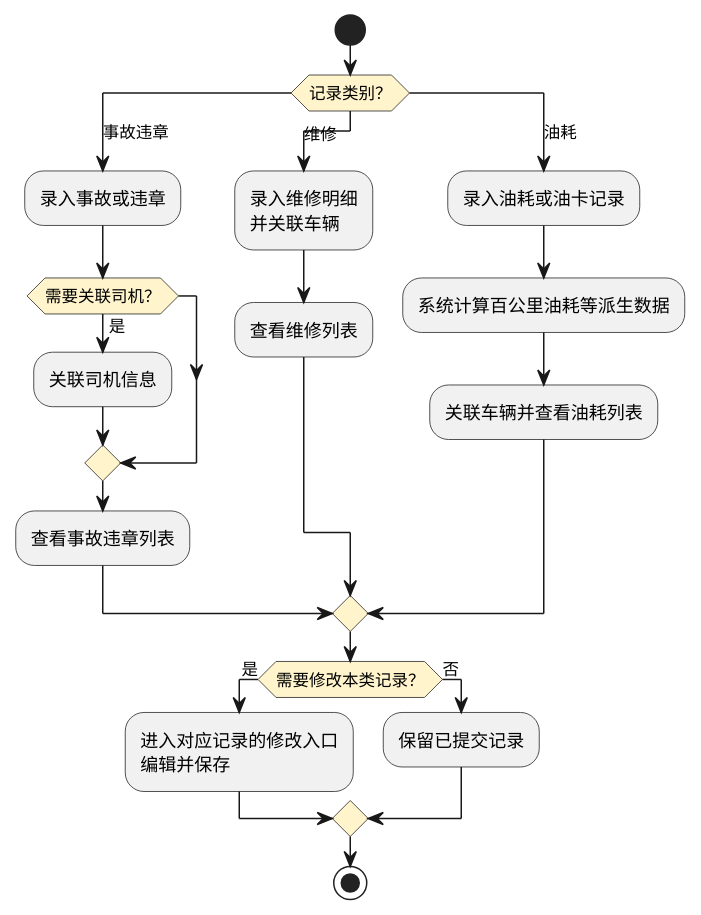
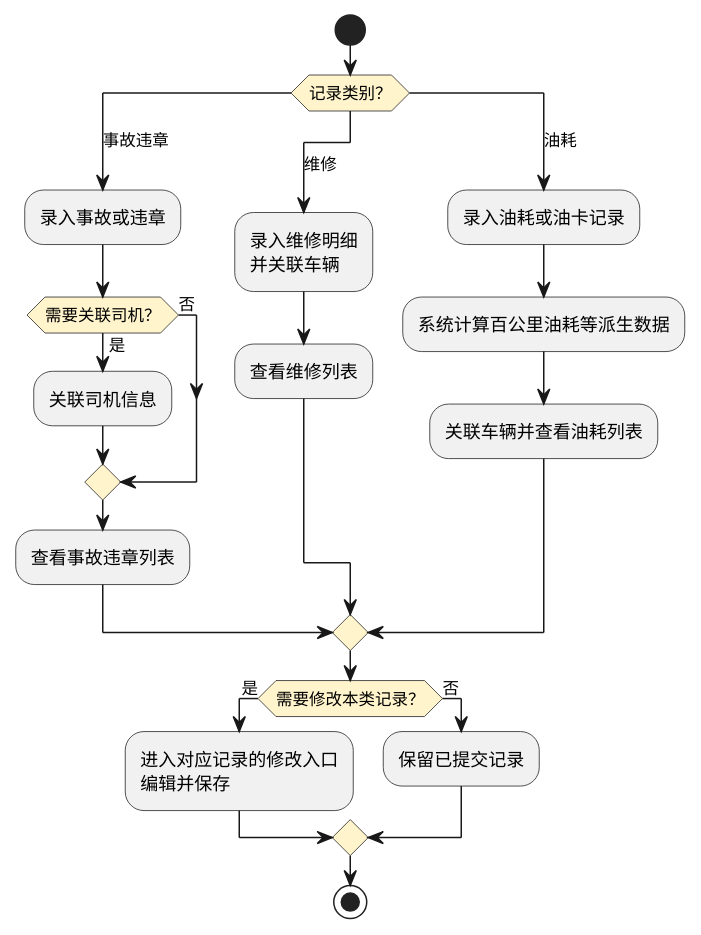
One commit to jack888332/projects-doc changed the second of 2 diagrams in product-caliber/goldjet/segmented-prd/PRD.高捷物流系统一期.第017篇.航晟车队管理.03280CBA2C.md. Above: the diagram before and after it, drawn with PlantUML. The commit also changed other lines of this file and 18 other files, not shown here.

Commit message:
优化DSL图细节

````diff
--- a/product-caliber/goldjet/segmented-prd/PRD.高捷物流系统一期.第017篇.航晟车队管理.03280CBA2C.md
+++ b/product-caliber/goldjet/segmented-prd/PRD.高捷物流系统一期.第017篇.航晟车队管理.03280CBA2C.md
@@ -74,27 +77,28 @@
 ```plantuml
 @startuml goldjet-017-fleet-record-maintenance
 skinparam activityDiamondBackgroundColor #FFF4CC
 start
 switch (记录类别？)
 case (事故违章)
   :录入事故或违章;
   if (需要关联司机？) then (是)
     :关联司机信息;
+  else (否)
   endif
   :查看事故违章列表;
-case (维修)
+case (\n维修)
   :录入维修明细\n并关联车辆;
   :查看维修列表;
 case (油耗)
   :录入油耗或油卡记录;
   :系统计算百公里油耗等派生数据;
   :关联车辆并查看油耗列表;
 endswitch
 if (需要修改本类记录？) then (是)
   :进入对应记录的修改入口\n编辑并保存;
 else (否)
   :保留已提交记录;
 endif
 stop
 @enduml
 ```
````
